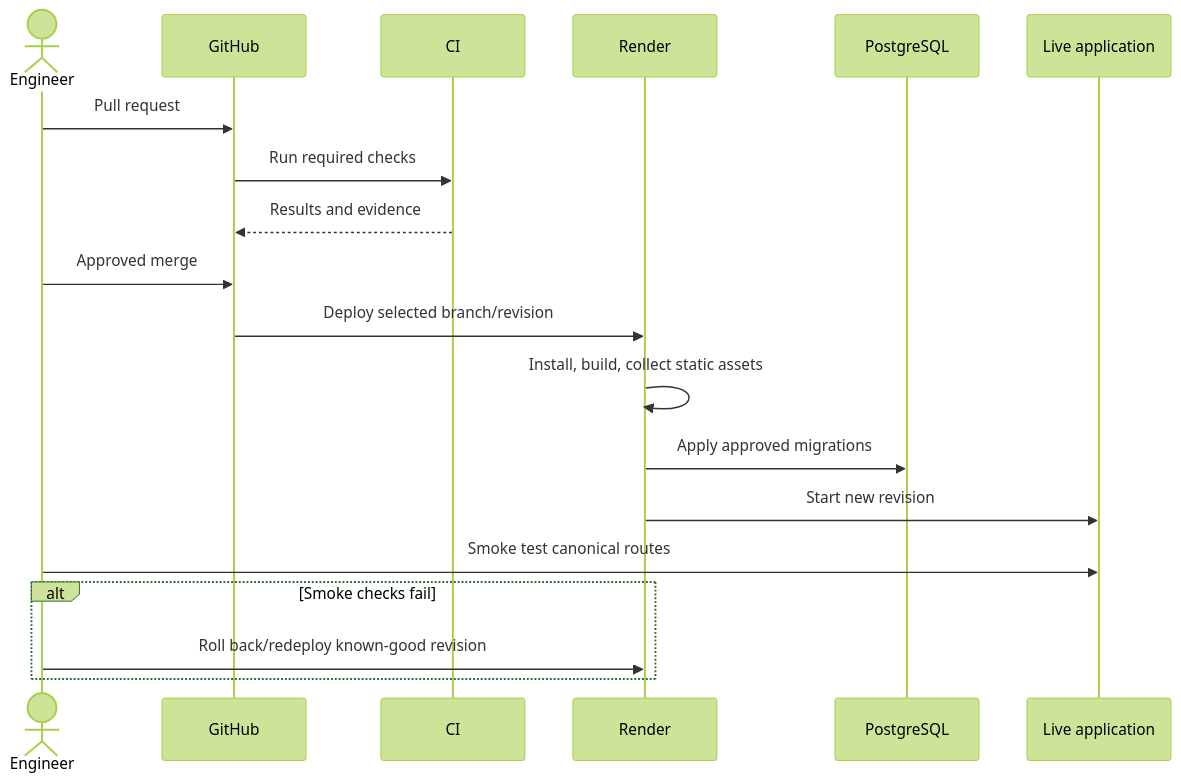
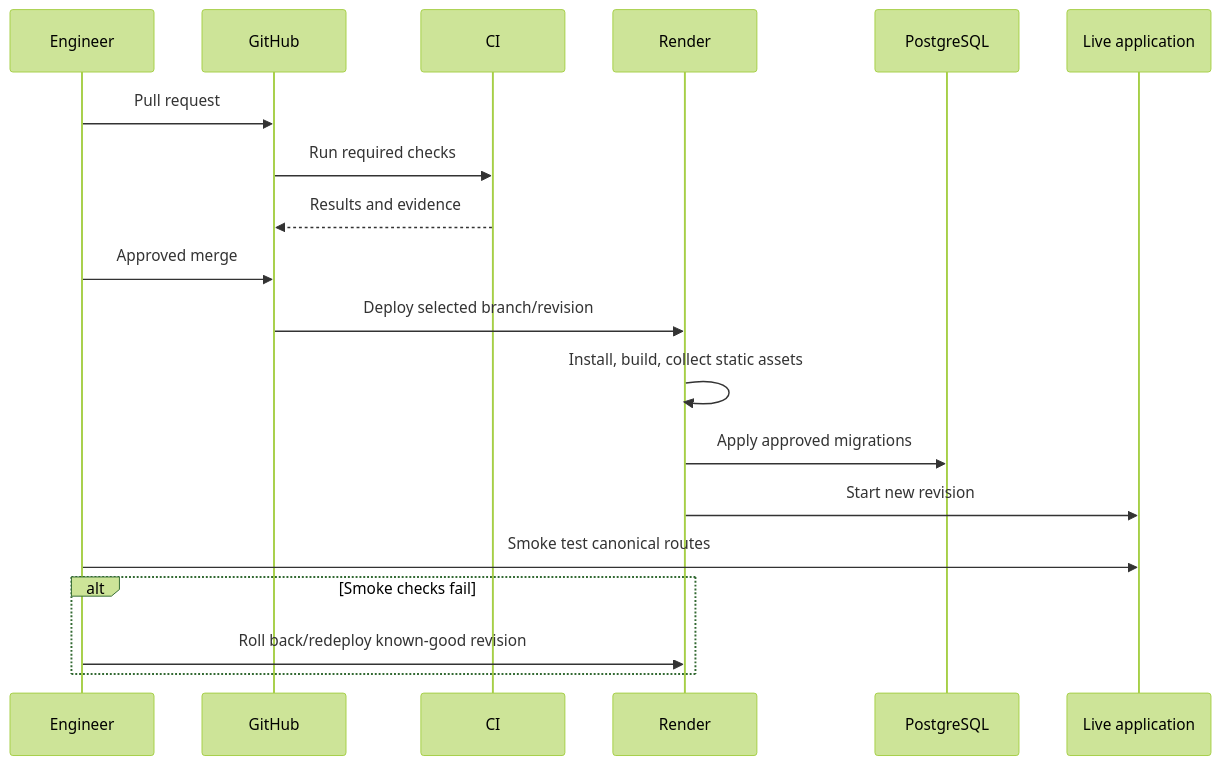
The tenth of 14 diagrams in docs/ARCHITECTURE.md (geehexx/library-ops), drawn with Mermaid (forest theme) before and after one commit. The commit also changed other lines of this file and 3 other files, not shown here.

````diff
--- a/docs/ARCHITECTURE.md
+++ b/docs/ARCHITECTURE.md
@@ -583,22 +583,22 @@
 ```mermaid
 sequenceDiagram
-    actor Engineer
+    participant Engineer
     participant GitHub
     participant CI
     participant Render
     participant DB as PostgreSQL
     participant Demo as Live application
 
     Engineer->>GitHub: Pull request
     GitHub->>CI: Run required checks
     CI-->>GitHub: Results and evidence
     Engineer->>GitHub: Approved merge
     GitHub->>Render: Deploy selected branch/revision
     Render->>Render: Install, build, collect static assets
     Render->>DB: Apply approved migrations
     Render->>Demo: Start new revision
     Engineer->>Demo: Smoke test canonical routes
     alt Smoke checks fail
         Engineer->>Render: Roll back/redeploy known-good revision
     end
 ```
````
